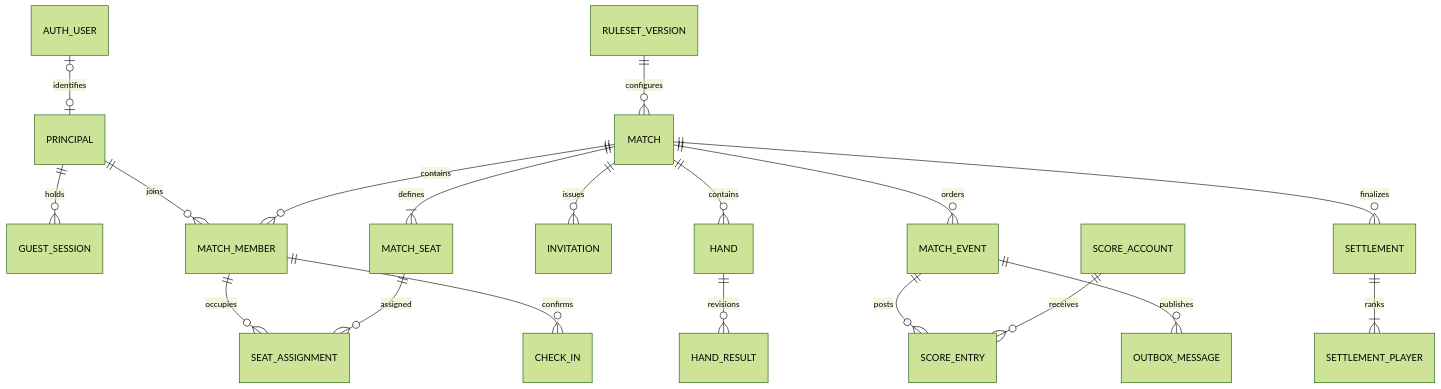
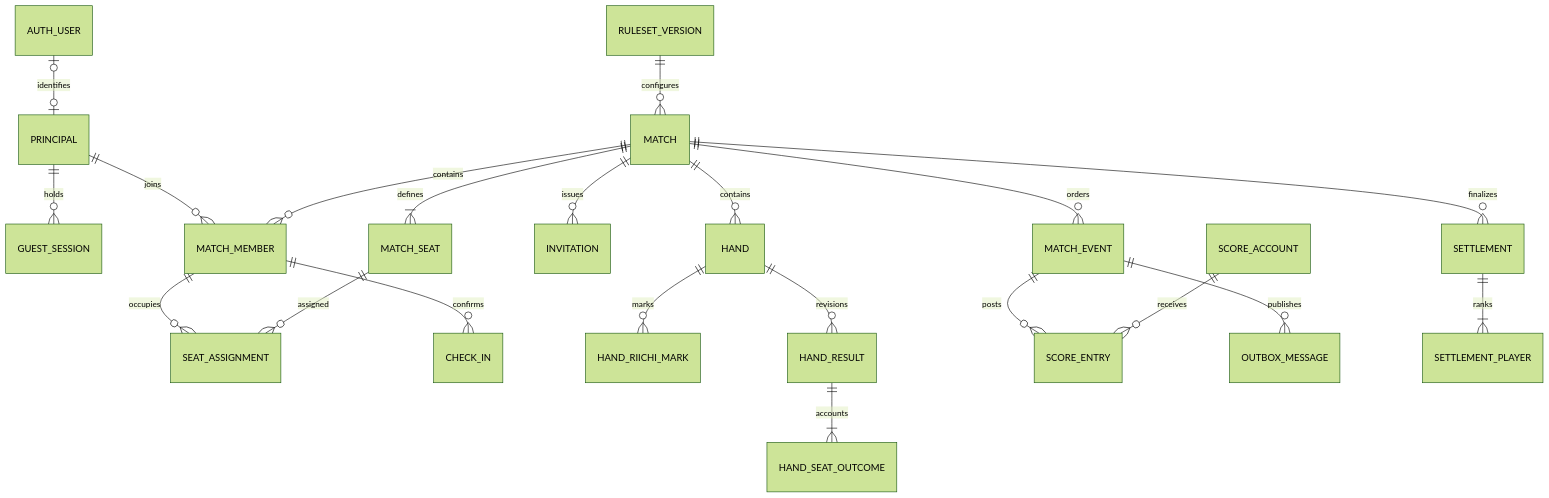
The diagram in docs/数据库设计.md (p1ziYu/riichi_tracker), drawn with Mermaid (forest theme) before and after one commit. The commit also changed other lines of this file and 4 other files, not shown here.

````diff
--- a/docs/数据库设计.md
+++ b/docs/数据库设计.md
@@ -17,21 +17,23 @@
 ```mermaid
 erDiagram
     AUTH_USER o|--o| PRINCIPAL : identifies
     PRINCIPAL ||--o{ GUEST_SESSION : holds
     PRINCIPAL ||--o{ MATCH_MEMBER : joins
     MATCH ||--o{ MATCH_MEMBER : contains
     MATCH ||--|{ MATCH_SEAT : defines
     MATCH_MEMBER ||--o{ SEAT_ASSIGNMENT : occupies
     MATCH_SEAT ||--o{ SEAT_ASSIGNMENT : assigned
     MATCH ||--o{ INVITATION : issues
     MATCH_MEMBER ||--o{ CHECK_IN : confirms
     RULESET_VERSION ||--o{ MATCH : configures
     MATCH ||--o{ HAND : contains
+    HAND ||--o{ HAND_RIICHI_MARK : marks
     HAND ||--o{ HAND_RESULT : revisions
+    HAND_RESULT ||--|{ HAND_SEAT_OUTCOME : accounts
     MATCH ||--o{ MATCH_EVENT : orders
     MATCH_EVENT ||--o{ SCORE_ENTRY : posts
     SCORE_ACCOUNT ||--o{ SCORE_ENTRY : receives
     MATCH_EVENT ||--o{ OUTBOX_MESSAGE : publishes
     MATCH ||--o{ SETTLEMENT : finalizes
     SETTLEMENT ||--|{ SETTLEMENT_PLAYER : ranks
 ```
````
